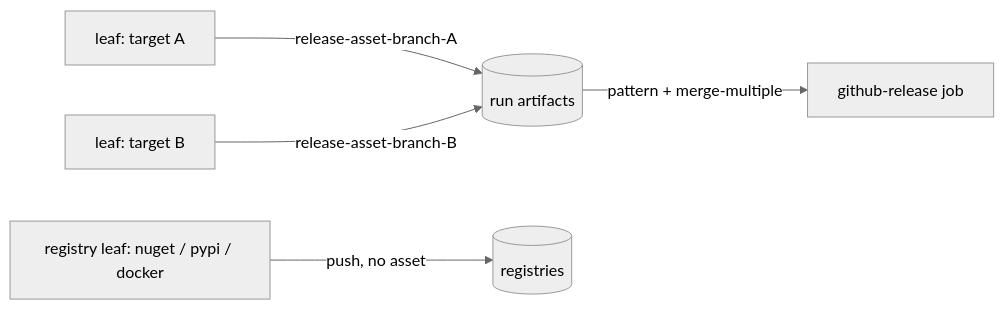
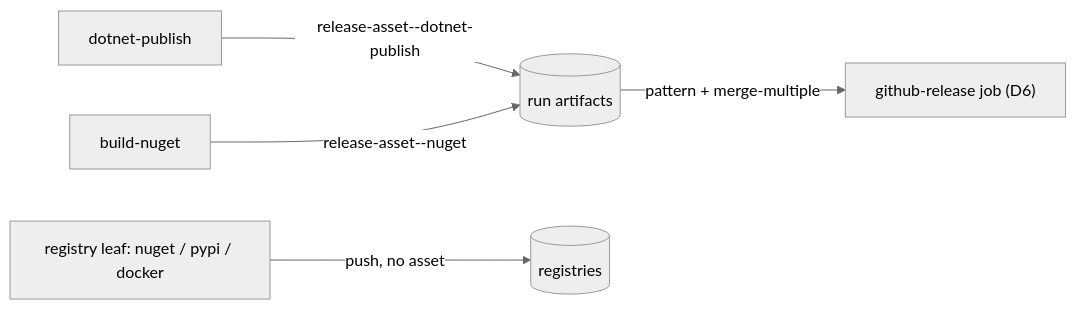
The third of 5 diagrams in WORKFLOW.md (ptr727/Blog), drawn with Mermaid (neutral theme) before and after one commit. The commit also changed other lines of this file and 50 other files, not shown here.

````diff
--- a/WORKFLOW.md
+++ b/WORKFLOW.md
@@ -76,7 +79,7 @@
 ```mermaid
 flowchart LR
-  leafa[leaf: target A] -->|release-asset-branch-A| store[(run artifacts)]
-  leafb[leaf: target B] -->|release-asset-branch-B| store
-  store -->|pattern + merge-multiple| rel[github-release job]
+  dotnet[dotnet-publish] -->|release-asset-<branch>-dotnet-publish| store[(run artifacts)]
+  nuget[build-nuget] -->|release-asset-<branch>-nuget| store
+  store -->|pattern + merge-multiple| rel["github-release job (D6)"]
   reg[registry leaf: nuget / pypi / docker] -->|push, no asset| registries[(registries)]
 ```
````
